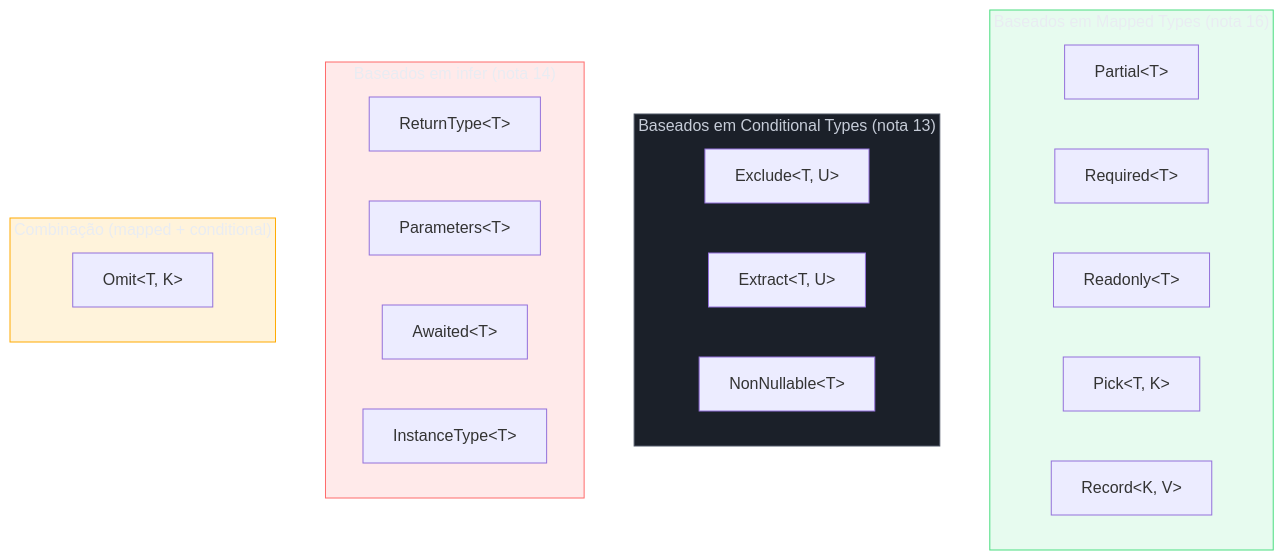
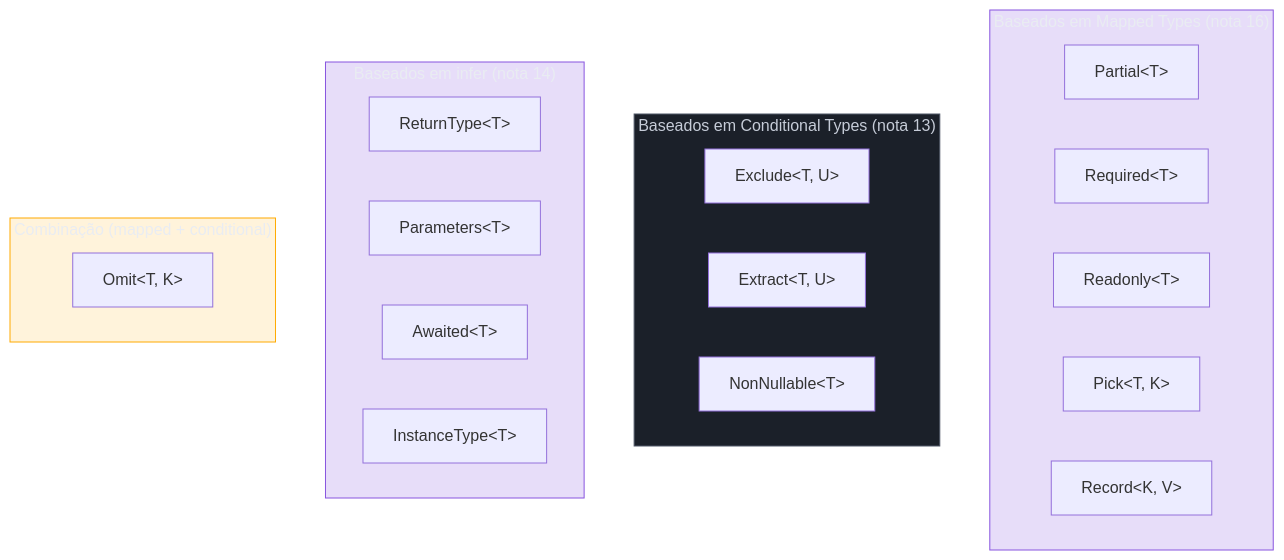
The first of 6 diagrams in 03-Dominios/Tecnologia/TypeScript/18 - Utility types - e como reconstruí-los.md (josenaldo/codex-technomanticus), drawn with Mermaid before and after one commit. The commit also changed other lines of this file and 601 other files, not shown here.

````diff
--- a/03-Dominios/Tecnologia/TypeScript/18 - Utility types - e como reconstruí-los.md
+++ b/03-Dominios/Tecnologia/TypeScript/18 - Utility types - e como reconstruí-los.md
@@ -34,36 +34,35 @@
 ```mermaid
 flowchart TD
-    classDef ok fill:#4ADE8021,stroke:#4ADE80,color:#E9ECF2
+    classDef marca fill:#8855DF33,stroke:#8855DF,color:#E9ECF2
     classDef neutro fill:#1B2029,stroke:#4E5666,color:#C6CCD8
-    classDef falha fill:#FF6B6B24,stroke:#FF6B6B,color:#E9ECF2
     classDef destaque fill:#FFAA0024,stroke:#FFAA00,color:#E9ECF2
     subgraph mapped["Baseados em Mapped Types (nota 16)"]
         P["Partial&lt;T&gt;"]
         R["Required&lt;T&gt;"]
         RO["Readonly&lt;T&gt;"]
         PK["Pick&lt;T, K&gt;"]
         RC["Record&lt;K, V&gt;"]
     end
 
     subgraph conditional["Baseados em Conditional Types (nota 13)"]
         EX["Exclude&lt;T, U&gt;"]
         ET["Extract&lt;T, U&gt;"]
         NN["NonNullable&lt;T&gt;"]
     end
 
     subgraph infer_based["Baseados em infer (nota 14)"]
         RT["ReturnType&lt;T&gt;"]
         PA["Parameters&lt;T&gt;"]
         AW["Awaited&lt;T&gt;"]
         IT["InstanceType&lt;T&gt;"]
     end
 
     subgraph combo["Combinação (mapped + conditional)"]
         OM["Omit&lt;T, K&gt;"]
     end
 
-    class mapped ok
+    class mapped marca
     class conditional neutro
-    class infer_based falha
+    class infer_based marca
     class combo destaque
 ```
````
